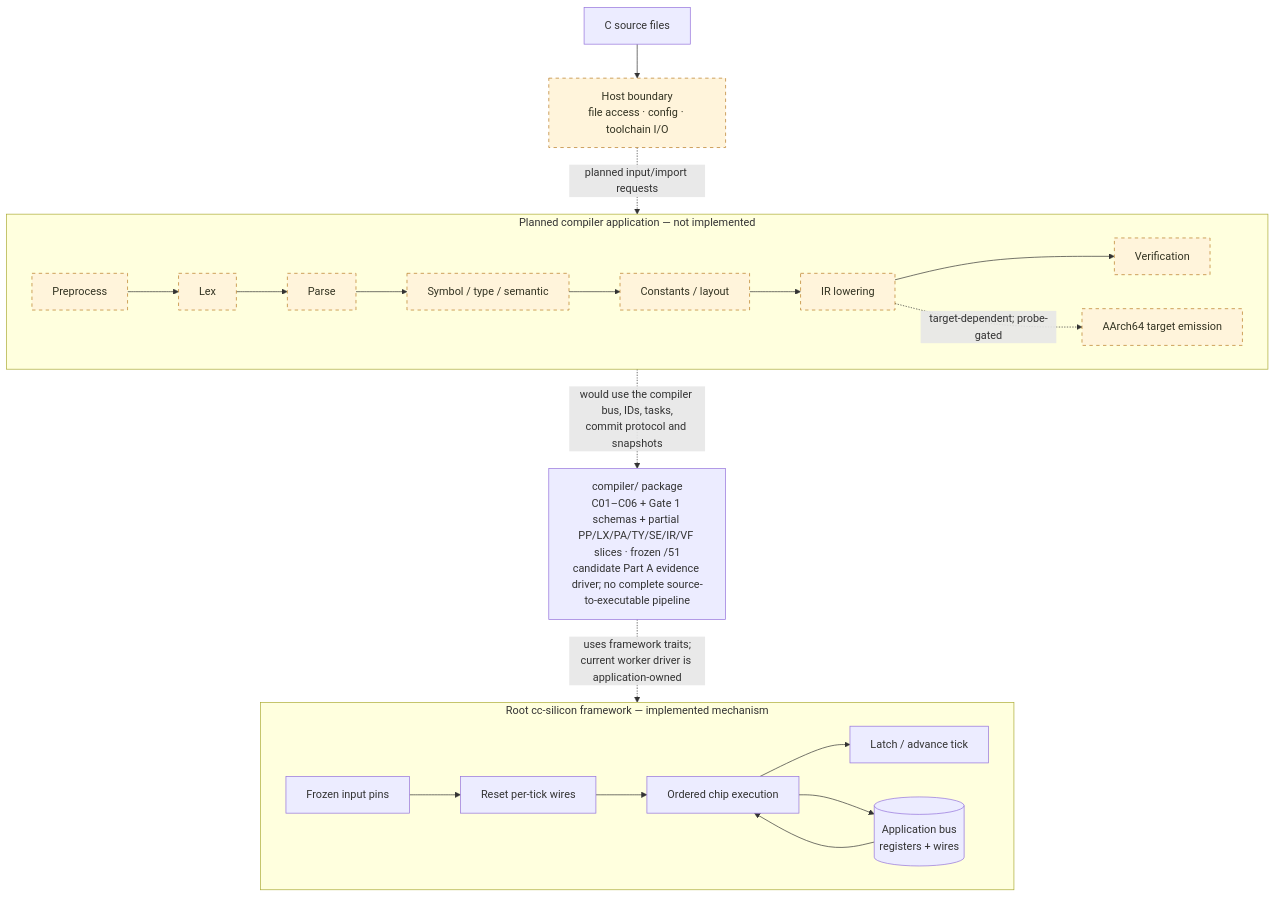
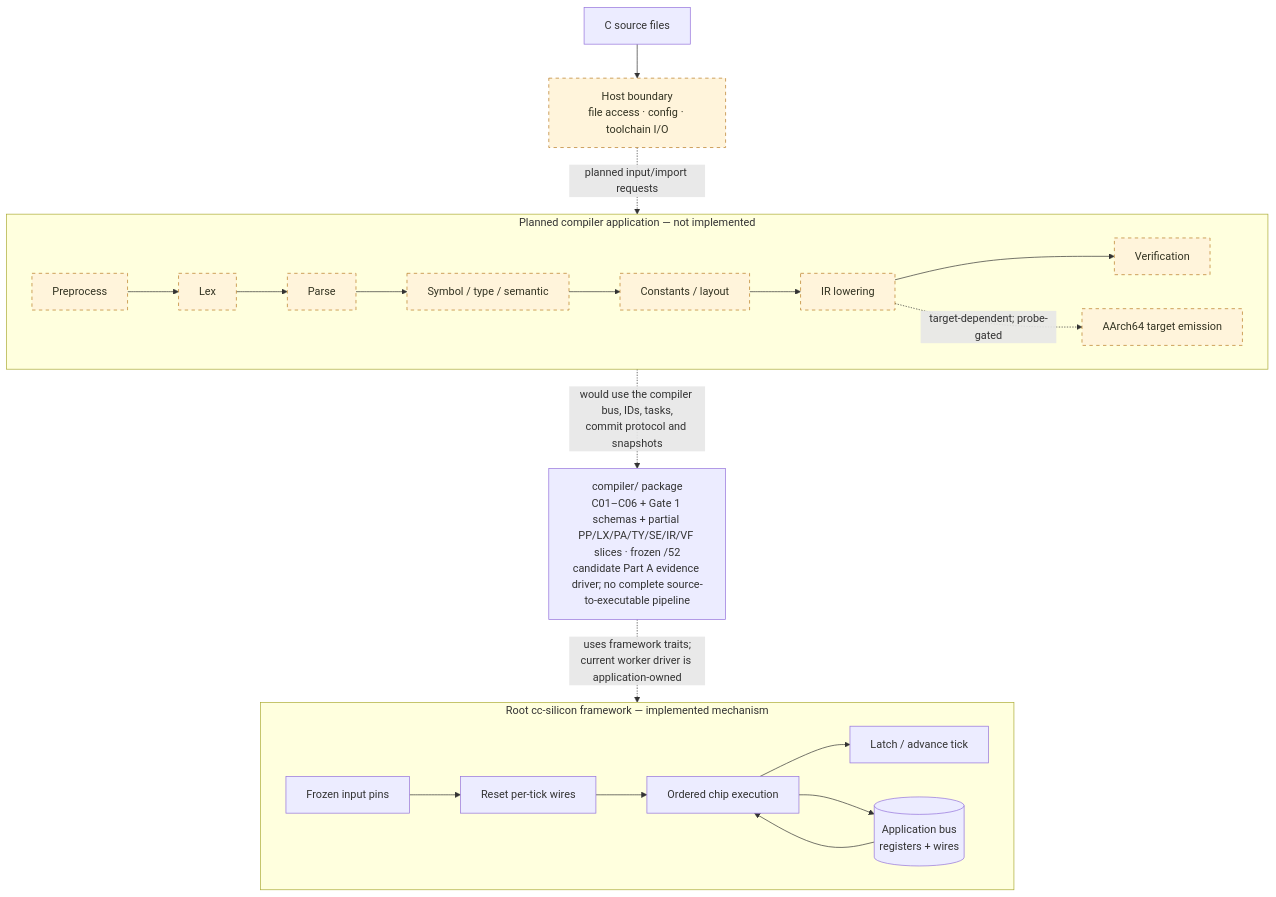
One commit to immane/cc-silicon changed the first of 2 diagrams in README.md. Above: the diagram before and after it, drawn with Mermaid. The commit also changed other lines of this file and 16 other files, not shown here.

````diff
--- a/README.md
+++ b/README.md
@@ -132,28 +132,28 @@
 ```mermaid
 flowchart TB
     SRC["C source files"] --> HOST["Host boundary<br/>file access · config · toolchain I/O"]
     HOST -. "planned input/import requests" .-> PIPE
 
     subgraph PIPE["Planned compiler application — not implemented"]
         direction LR
         PP["Preprocess"] --> LEX["Lex"] --> PARSE["Parse"] --> SEM["Symbol / type / semantic"]
         SEM --> CONST["Constants / layout"] --> IR["IR lowering"] --> VERIFY["Verification"]
         IR -. "target-dependent; probe-gated" .-> TARGET["AArch64 target emission"]
     end
 
-    FOUNDATION["compiler/ package<br/>C01–C06 + Gate 1 schemas + partial PP/LX/PA/TY/SE/IR/VF slices · frozen /51<br/>candidate Part A evidence driver; no complete source-to-executable pipeline"]
+    FOUNDATION["compiler/ package<br/>C01–C06 + Gate 1 schemas + partial PP/LX/PA/TY/SE/IR/VF slices · frozen /52<br/>candidate Part A evidence driver; no complete source-to-executable pipeline"]
     PIPE -. "would use the compiler bus, IDs, tasks,<br/>commit protocol and snapshots" .-> FOUNDATION
 
     subgraph RUNTIME["Root cc-silicon framework — implemented mechanism"]
         direction LR
         PINS["Frozen input pins"] --> RESET["Reset per-tick wires"] --> CHIPS["Ordered chip execution"]
         CHIPS --> LATCH["Latch / advance tick"]
         BUS[("Application bus<br/>registers + wires")]
         BUS --> CHIPS
         CHIPS --> BUS
     end
     FOUNDATION -. "uses framework traits;<br/>current worker driver is application-owned" .-> RUNTIME
 
     classDef planned fill:#fff4db,stroke:#b7791f,stroke-dasharray:5 5,color:#332;
     class PP,LEX,PARSE,SEM,CONST,IR,VERIFY,TARGET,HOST planned;
 ```
````
